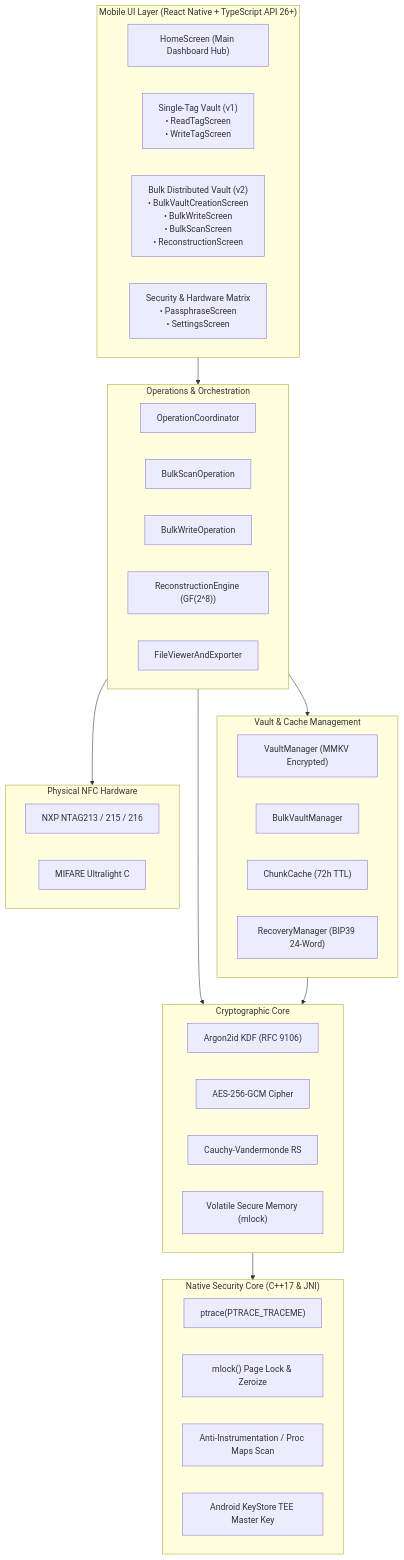
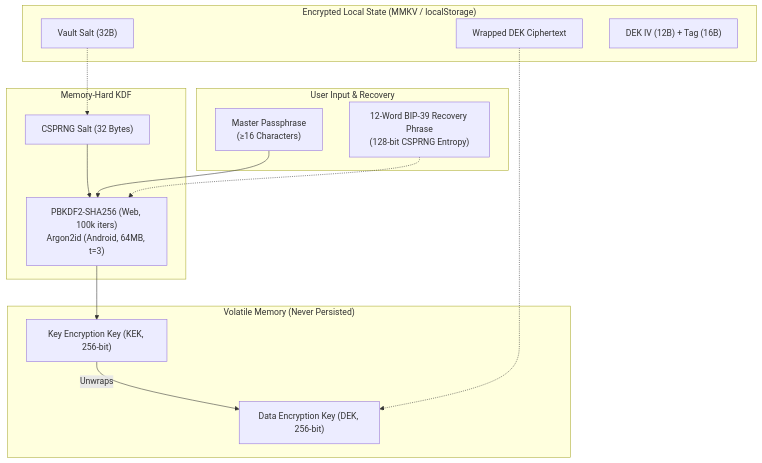
Before and after one commit to FROSTY-MUG/Ghost-Tag: the second of 6 diagrams in README.md, drawn with Mermaid. The commit also changed other lines of this file and 20 other files, not shown here.

````diff
--- a/README.md
+++ b/README.md
@@ -144,50 +103,30 @@
 ```mermaid
 flowchart TD
-    subgraph UI["Mobile UI Layer (React Native + TypeScript API 26+)"]
-        Home["HomeScreen (Main Dashboard Hub)"]
-        SingleTag["Single-Tag Vault (v1)<br/>• ReadTagScreen<br/>• WriteTagScreen"]
-        BulkVault["Bulk Distributed Vault (v2)<br/>• BulkVaultCreationScreen<br/>• BulkWriteScreen<br/>• BulkScanScreen<br/>• ReconstructionScreen"]
-        SecurityHub["Security & Hardware Matrix<br/>• PassphraseScreen<br/>• SettingsScreen"]
+    subgraph UserCredentials["User Input & Recovery"]
+        Passphrase["Master Passphrase<br/>(≥16 Characters)"]
+        RecoveryPhrase["12-Word BIP-39 Recovery Phrase<br/>(128-bit CSPRNG Entropy)"]
     end
 
-    subgraph Operations["Operations & Orchestration"]
-        OpCoord["OperationCoordinator"]
-        BulkScanOp["BulkScanOperation"]
-        BulkWriteOp["BulkWriteOperation"]
-        ReconstructEng["ReconstructionEngine (GF(2^8))"]
-        FileViewer["FileViewerAndExporter"]
+    subgraph KDFDerivation["Memory-Hard KDF"]
+        Salt["CSPRNG Salt (32 Bytes)"]
+        Salt --> DerivationEngine["PBKDF2-SHA256 (Web, 100k iters)<br/>Argon2id (Android, 64MB, t=3)"]
+        Passphrase --> DerivationEngine
+        RecoveryPhrase -.-> DerivationEngine
     end
 
-    subgraph Vault["Vault & Cache Management"]
-        VaultMgr["VaultManager (MMKV Encrypted)"]
-        BulkVaultMgr["BulkVaultManager"]
-        ChunkCache["ChunkCache (72h TTL)"]
-        RecoveryMgr["RecoveryManager (BIP39 24-Word)"]
+    subgraph MemoryTier["Volatile Memory (Never Persisted)"]
+        KEK["Key Encryption Key (KEK, 256-bit)"]
+        DEK["Data Encryption Key (DEK, 256-bit)"]
+        DerivationEngine --> KEK
+        KEK -->|Unwraps| DEK
     end
 
-    subgraph Crypto["Cryptographic Core"]
-        Argon2id["Argon2id KDF (RFC 9106)"]
-        AESGCM["AES-256-GCM Cipher"]
-        ErasureCode["Cauchy-Vandermonde RS"]
-        SecureMem["Volatile Secure Memory (mlock)"]
+    subgraph LocalStorage["Encrypted Local State (MMKV / localStorage)"]
+        WrappedDEK["Wrapped DEK Ciphertext"]
+        SaltStorage["Vault Salt (32B)"]
+        IVStorage["DEK IV (12B) + Tag (16B)"]
     end
 
-    subgraph NativeBridge["Native Security Core (C++17 & JNI)"]
-        AntiDebug["ptrace(PTRACE_TRACEME)"]
-        MemoryProtect["mlock() Page Lock & Zeroize"]
-        FridaDetector["Anti-Instrumentation / Proc Maps Scan"]
-        KeyStore["Android KeyStore TEE Master Key"]
-    end
-
-    subgraph Hardware["Physical NFC Hardware"]
-        NTAG["NXP NTAG213 / 215 / 216"]
-        MIFARE["MIFARE Ultralight C"]
-    end
-
-    UI --> Operations
-    Operations --> Vault
-    Operations --> Crypto
-    Vault --> Crypto
-    Crypto --> NativeBridge
-    Operations --> Hardware
+    WrappedDEK -.-> DEK
+    SaltStorage -.-> Salt
 ```
````
